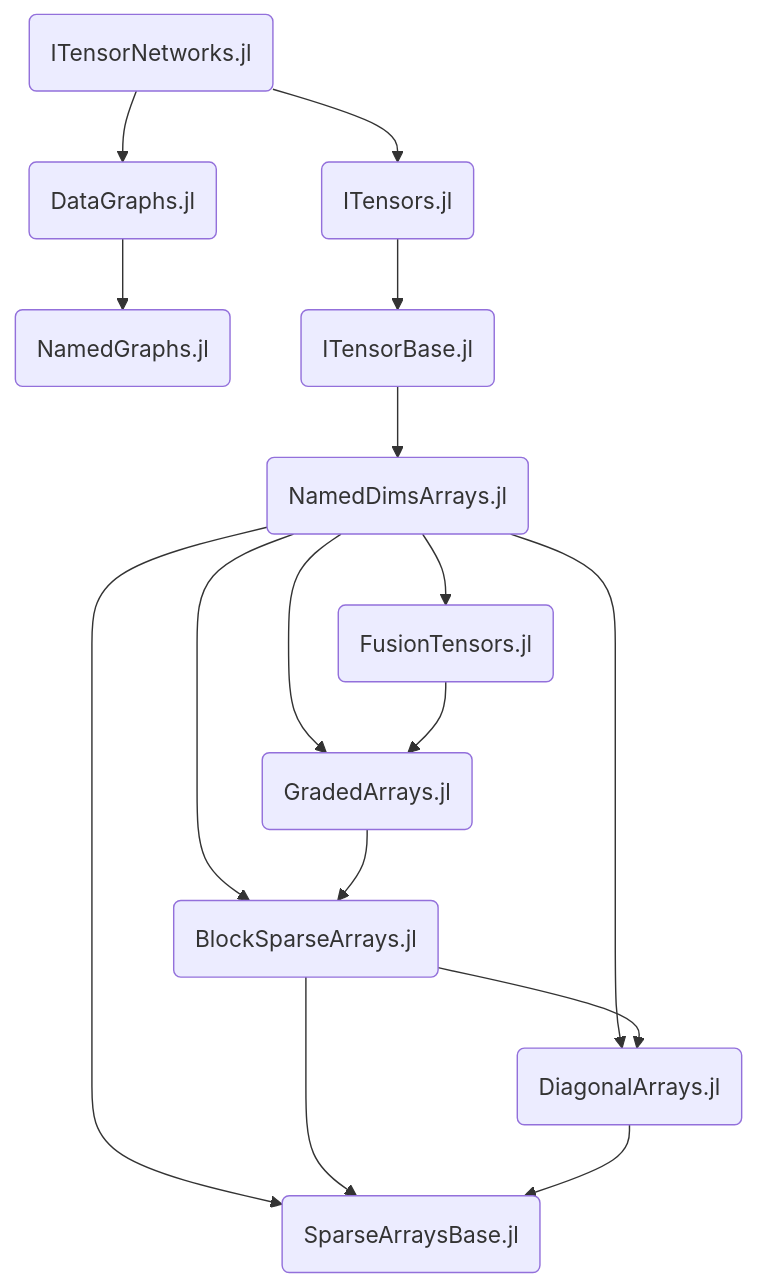
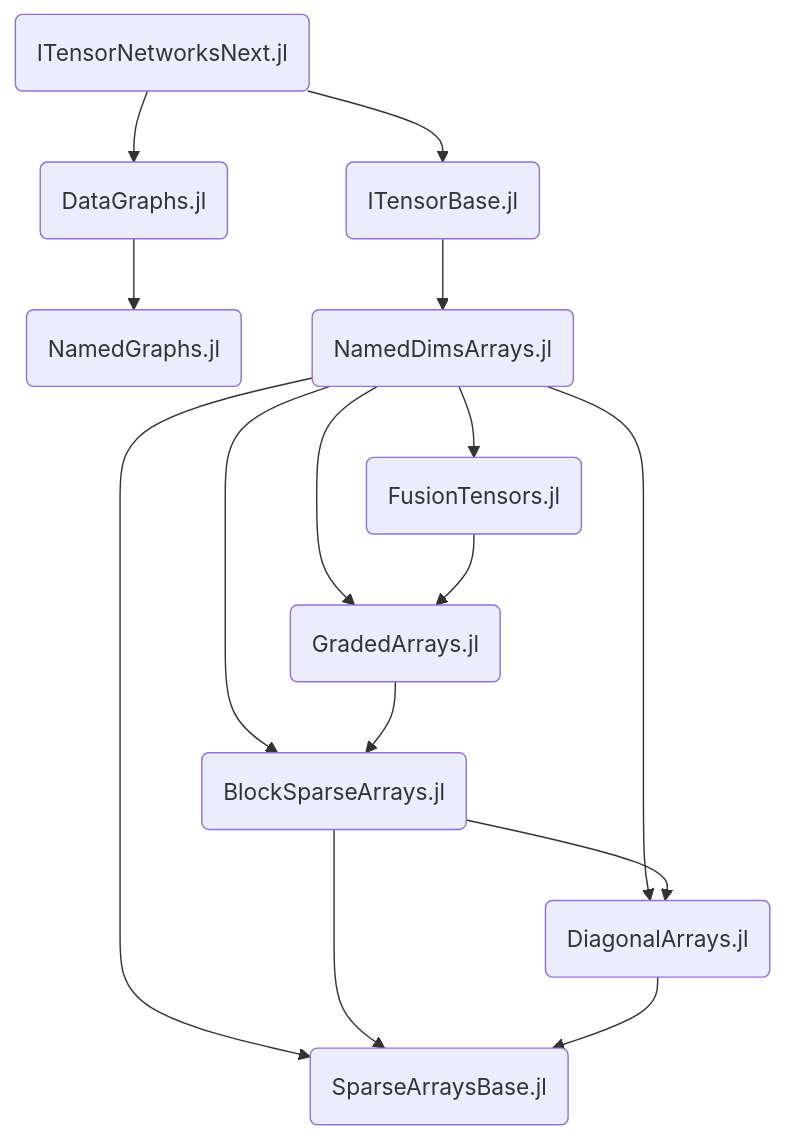
Before and after one commit to ITensor/ITensorDocsNext: the diagram in docs/src/ecosystem_overview.md, drawn with Mermaid.

Commit message:
Update ecosystem overview with ITensorNetworksNext

````diff
--- a/docs/src/ecosystem_overview.md
+++ b/docs/src/ecosystem_overview.md
@@ -3,18 +3,17 @@
 ```mermaid
 graph TD
-    ITensorNetworks(ITensorNetworks.jl) --> ITensors(ITensors.jl)
-    ITensorNetworks --> DataGraphs(DataGraphs.jl)
+    ITensorNetworksNext(ITensorNetworksNext.jl) --> ITensorBase(ITensorBase.jl)
+    ITensorNetworksNext --> DataGraphs(DataGraphs.jl)
     DataGraphs --> NamedGraphs(NamedGraphs.jl)
-    ITensors --> ITensorBase(ITensorBase.jl)
     ITensorBase --> NamedDimsArrays(NamedDimsArrays.jl)
     NamedDimsArrays --> SparseArraysBase(SparseArraysBase.jl)
     NamedDimsArrays --> DiagonalArrays(DiagonalArrays.jl)
     NamedDimsArrays --> BlockSparseArrays(BlockSparseArrays.jl)
     NamedDimsArrays --> GradedArrays(GradedArrays.jl)
     NamedDimsArrays --> FusionTensors(FusionTensors.jl)
     FusionTensors --> GradedArrays
     GradedArrays --> BlockSparseArrays
     BlockSparseArrays --> SparseArraysBase
     BlockSparseArrays --> DiagonalArrays
     DiagonalArrays --> SparseArraysBase
 ```
````
